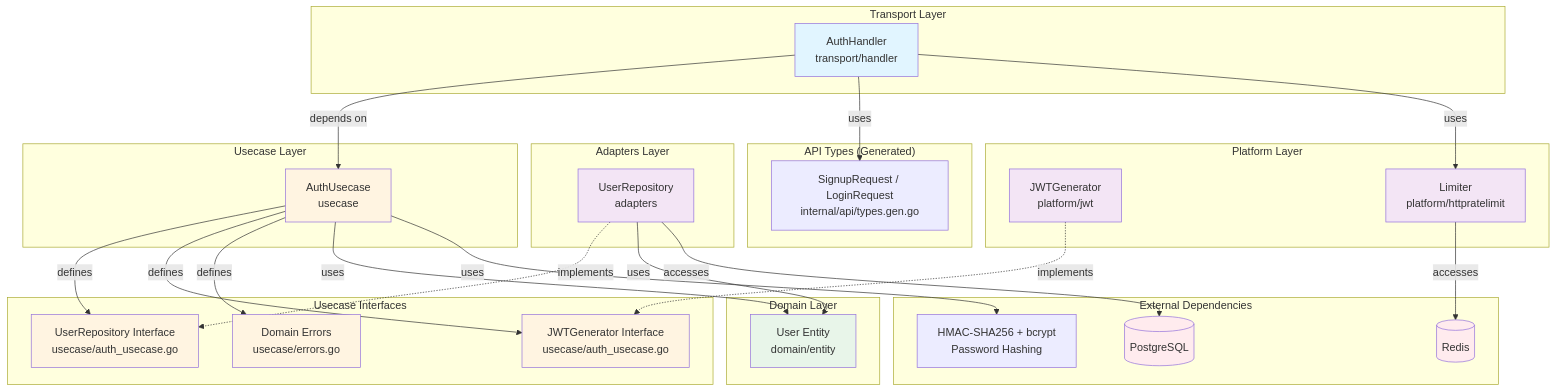
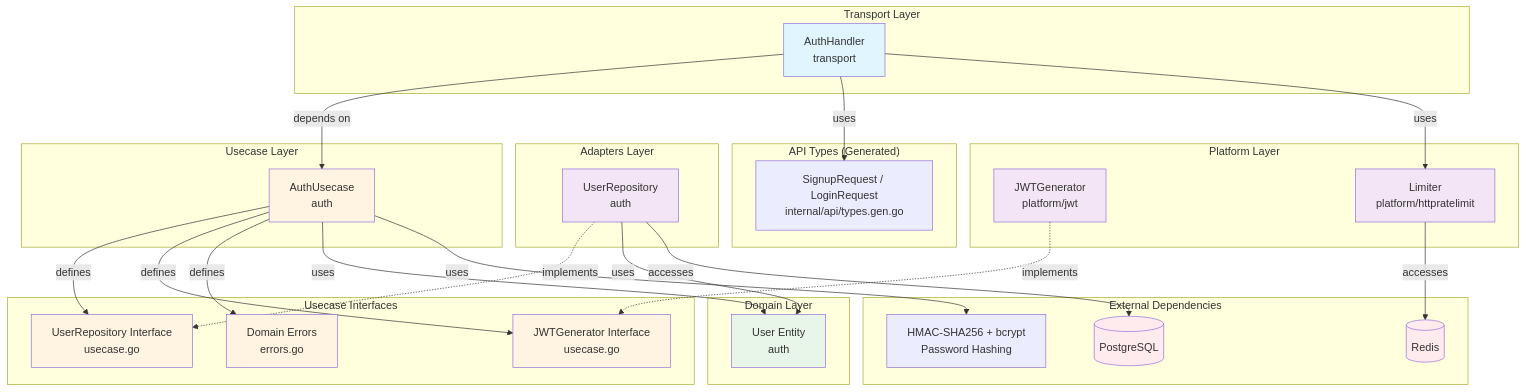
Before and after one commit to UCHIDAnobuhiro/stock_backend: the sixth of 6 diagrams in internal/feature/auth/README.md, drawn with Mermaid. The commit also changed other lines of this file and 6 other files, not shown here.

````diff
--- a/internal/feature/auth/README.md
+++ b/internal/feature/auth/README.md
@@ -424,65 +424,65 @@
 ```mermaid
 graph TB
     subgraph "Transport Layer"
-        Handler[AuthHandler<br/>transport/handler]
+        Handler[AuthHandler<br/>transport]
     end
 
     subgraph "API Types (Generated)"
         APITypes[SignupRequest / LoginRequest<br/>internal/api/types.gen.go]
     end
 
     subgraph "Usecase Layer"
-        Usecase[AuthUsecase<br/>usecase]
+        Usecase[AuthUsecase<br/>auth]
     end
 
     subgraph "Domain Layer"
-        Entity[User Entity<br/>domain/entity]
+        Entity[User Entity<br/>auth]
     end
 
     subgraph "Usecase Interfaces"
-        RepoInterface[UserRepository Interface<br/>usecase/auth_usecase.go]
-        JWTInterface[JWTGenerator Interface<br/>usecase/auth_usecase.go]
-        Errors[Domain Errors<br/>usecase/errors.go]
+        RepoInterface[UserRepository Interface<br/>usecase.go]
+        JWTInterface[JWTGenerator Interface<br/>usecase.go]
+        Errors[Domain Errors<br/>errors.go]
     end
 
     subgraph "Adapters Layer"
-        RepoImpl[UserRepository<br/>adapters]
+        RepoImpl[UserRepository<br/>auth]
     end
 
     subgraph "Platform Layer"
         JWTImpl[JWTGenerator<br/>platform/jwt]
         RateLimiter[Limiter<br/>platform/httpratelimit]
     end
 
     subgraph "External Dependencies"
         DB[(PostgreSQL)]
         BCrypt[HMAC-SHA256 + bcrypt<br/>Password Hashing]
         Redis[(Redis)]
     end
 
     Handler -->|depends on| Usecase
     Handler -->|uses| APITypes
     Handler -->|uses| RateLimiter
     Usecase -->|defines| RepoInterface
     Usecase -->|defines| JWTInterface
     Usecase -->|defines| Errors
     Usecase -->|uses| Entity
     Usecase -->|uses| BCrypt
     RepoImpl -.->|implements| RepoInterface
     RepoImpl -->|uses| Entity
     RepoImpl -->|accesses| DB
     JWTImpl -.->|implements| JWTInterface
     RateLimiter -->|accesses| Redis
 
     style Handler fill:#e1f5ff
     style Usecase fill:#fff4e1
     style Entity fill:#e8f5e9
     style RepoInterface fill:#fff4e1
     style JWTInterface fill:#fff4e1
     style Errors fill:#fff4e1
     style RepoImpl fill:#f3e5f5
     style JWTImpl fill:#f3e5f5
     style RateLimiter fill:#f3e5f5
     style DB fill:#ffebee
     style Redis fill:#ffebee
 ```
````
